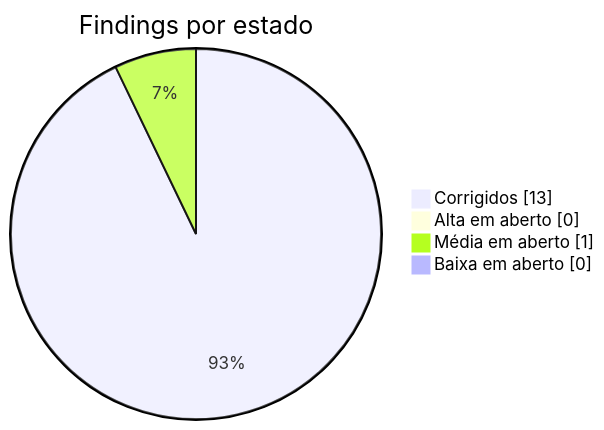
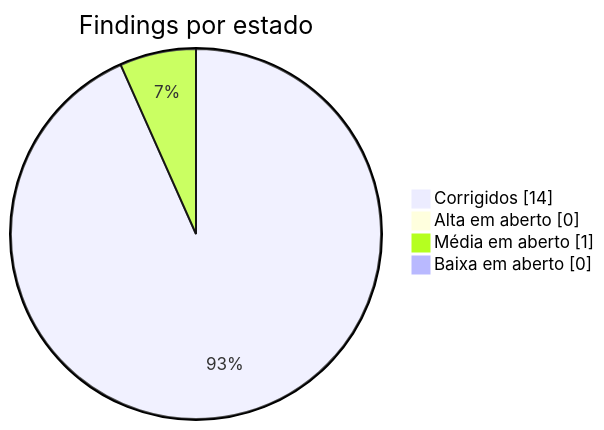
The first of 2 diagrams in docs/06-engineering/technical-debt.md (joaocarvalhini/Outlook-Reply-Assistant), drawn with Mermaid before and after one commit. The commit also changed other lines of this file and 10 other files, not shown here.

````diff
--- a/docs/06-engineering/technical-debt.md
+++ b/docs/06-engineering/technical-debt.md
@@ -20,8 +20,8 @@
 ```mermaid
 pie showData
     title Findings por estado
-    "Corrigidos" : 13
+    "Corrigidos" : 14
     "Alta em aberto" : 0
     "Média em aberto" : 1
     "Baixa em aberto" : 0
 ```
````
